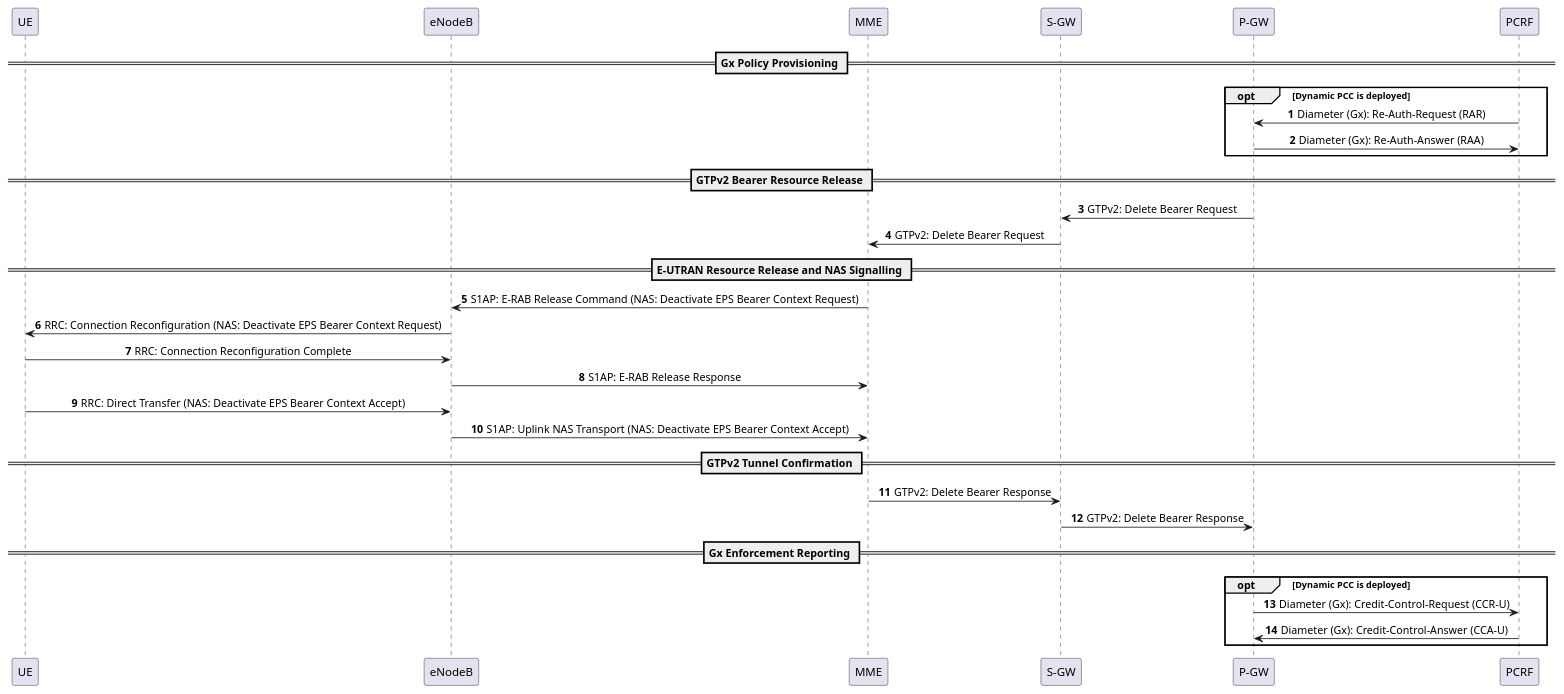
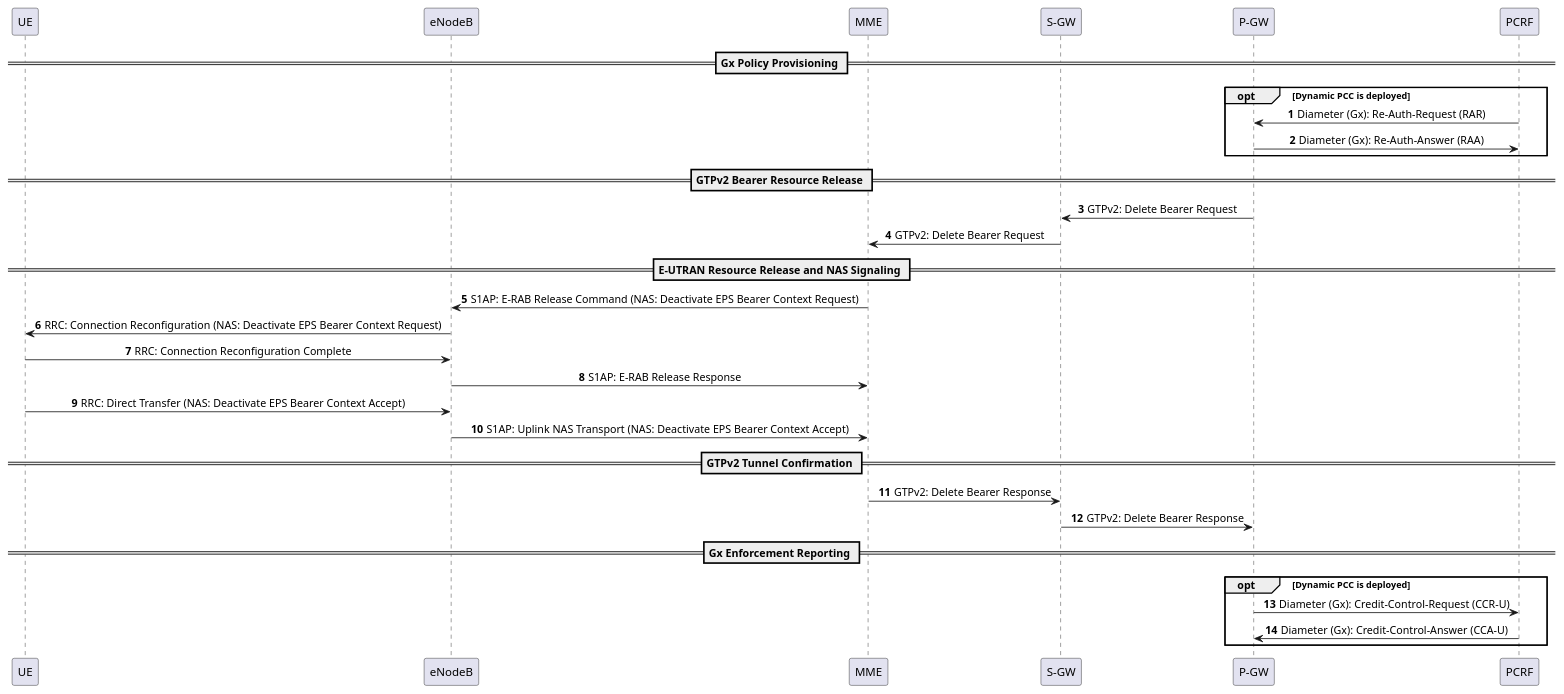
Before and after one commit to amirsarebani81/core-network: the diagram in diagrams/bearer-deactivation-pgw-initiated-call-flow.puml, drawn with PlantUML. The commit also changed 9 other files, not shown here.

```diff
--- a/diagrams/bearer-deactivation-pgw-initiated-call-flow.puml
+++ b/diagrams/bearer-deactivation-pgw-initiated-call-flow.puml
@@ -1,39 +1,39 @@
 @startuml
 autonumber
 skinparam sequenceMessageAlign center
 participant "UE" as UE
 participant "eNodeB" as ENB
 participant "MME" as MME
 participant "S-GW" as SGW
 participant "P-GW" as PGW
 participant "PCRF" as PCRF
 
 == Gx Policy Provisioning ==
 opt Dynamic PCC is deployed
     PCRF -> PGW: Diameter (Gx): Re-Auth-Request (RAR)
     PGW -> PCRF: Diameter (Gx): Re-Auth-Answer (RAA)
 end
 
 == GTPv2 Bearer Resource Release ==
 PGW -> SGW: GTPv2: Delete Bearer Request
 SGW -> MME: GTPv2: Delete Bearer Request
 
-== E-UTRAN Resource Release and NAS Signalling ==
+== E-UTRAN Resource Release and NAS Signaling ==
 MME -> ENB: S1AP: E-RAB Release Command (NAS: Deactivate EPS Bearer Context Request)
 ENB -> UE: RRC: Connection Reconfiguration (NAS: Deactivate EPS Bearer Context Request)
 UE -> ENB: RRC: Connection Reconfiguration Complete
 ENB -> MME: S1AP: E-RAB Release Response
 
 UE -> ENB: RRC: Direct Transfer (NAS: Deactivate EPS Bearer Context Accept)
 ENB -> MME: S1AP: Uplink NAS Transport (NAS: Deactivate EPS Bearer Context Accept)
 
 == GTPv2 Tunnel Confirmation ==
 MME -> SGW: GTPv2: Delete Bearer Response
 SGW -> PGW: GTPv2: Delete Bearer Response
 
 == Gx Enforcement Reporting ==
 opt Dynamic PCC is deployed
     PGW -> PCRF: Diameter (Gx): Credit-Control-Request (CCR-U)
     PCRF -> PGW: Diameter (Gx): Credit-Control-Answer (CCA-U)
 end
 @enduml
```
